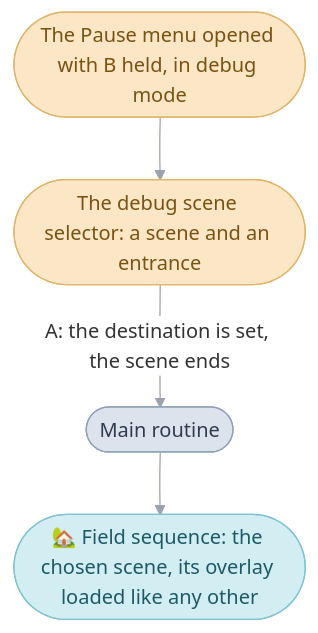
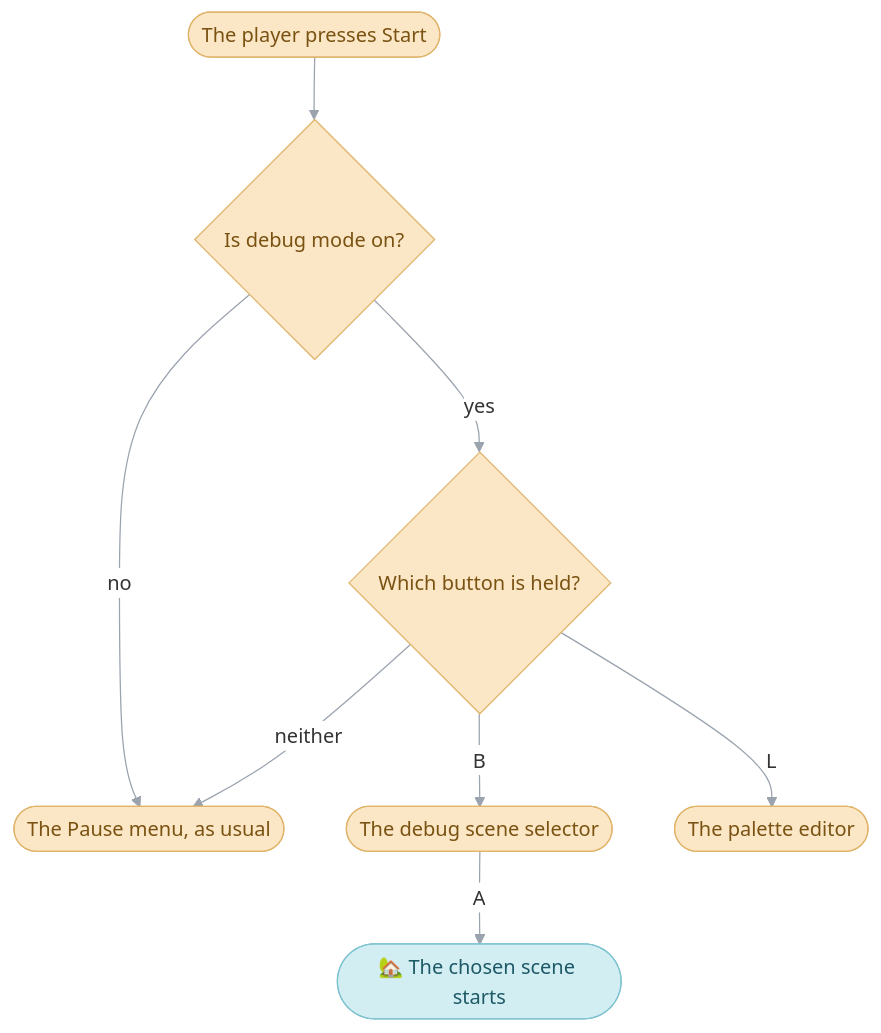
Before and after one commit to PascalPixel/alchemy: the diagram in games/tbs/src/debug/README.md, drawn with Mermaid. The commit also changed other lines of this file and 20 other files, not shown here.

````diff
--- a/games/tbs/src/debug/README.md
+++ b/games/tbs/src/debug/README.md
@@ -25,13 +83,15 @@
 ```mermaid
 %%{init: {"theme": "base", "themeVariables": {"lineColor": "#9AA3AE", "edgeLabelBackground": "#FFFFFF"}, "flowchart": {"curve": "basis", "padding": 12}}}%%
 flowchart TD
-  pause(["The Pause menu opened with B held, in debug mode"]) --> selector(["The debug scene selector: a scene and an entrance"])
-  selector -- "A: the destination is set, the scene ends" --> main(["Main routine"])
-  main --> scene(["🏡 Field sequence: the chosen scene, its overlay loaded like any other"])
+  start(["The player presses Start"]) --> mode{"Is debug mode on?"}
+  mode -- "no" --> pause(["The Pause menu, as usual"])
+  mode -- "yes" --> held{"Which button is held?"}
+  held -- "B" --> selector(["The debug scene selector"])
+  held -- "L" --> palette(["The palette editor"])
+  held -- "neither" --> pause
+  selector -- "A" --> scene(["🏡 The chosen scene starts"])
   classDef request fill:#FBE7C6,stroke:#E0B46A,color:#7A5212
-  classDef mainRoutine fill:#DDE3EC,stroke:#8FA0B8,color:#2E3C50
   classDef sequence fill:#D2EEF3,stroke:#7FC3D0,color:#1E5966
-  class pause,selector request
-  class main mainRoutine
+  class start,mode,held,pause,selector,palette request
   class scene sequence
 ```
````
